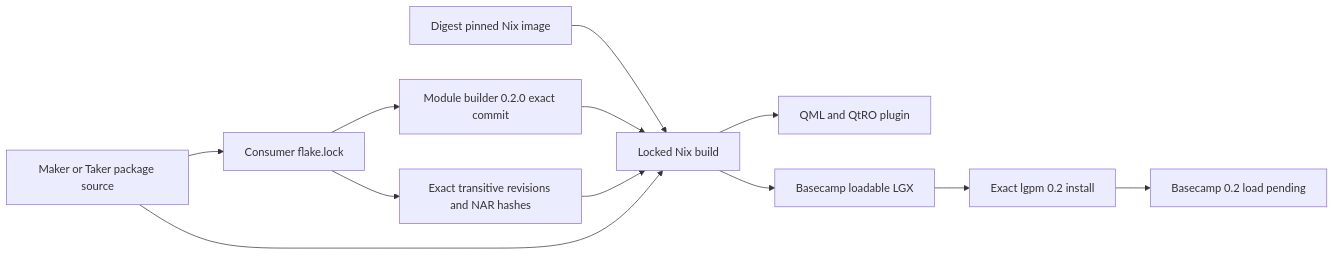
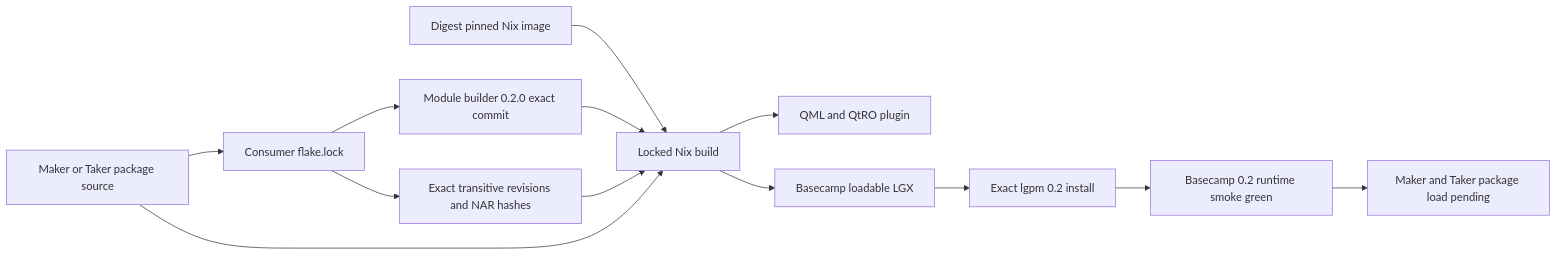
Before and after one commit to gateway-fm/lez-atomic-swaps: the first of 2 diagrams in docs/architecture/0146-pin-basecamp-builds-behind-consumer-locks.md, drawn with Mermaid. The commit also changed other lines of this file and 4 other files, not shown here.

Commit message:
docs(m6): certify pinned Basecamp runtime

````diff
--- a/docs/architecture/0146-pin-basecamp-builds-behind-consumer-locks.md
+++ b/docs/architecture/0146-pin-basecamp-builds-behind-consumer-locks.md
@@ -55,14 +60,15 @@
 ```mermaid
 flowchart LR
     Source["Maker or Taker package source"] --> Lock["Consumer flake.lock"]
     Lock --> Builder["Module builder 0.2.0 exact commit"]
     Lock --> Dependencies["Exact transitive revisions and NAR hashes"]
     Image["Digest pinned Nix image"] --> Build["Locked Nix build"]
     Builder --> Build
     Dependencies --> Build
     Source --> Build
     Build --> Plugin["QML and QtRO plugin"]
     Build --> LGX["Basecamp loadable LGX"]
     LGX --> Install["Exact lgpm 0.2 install"]
-    Install --> Loader["Basecamp 0.2 load pending"]
+    Install --> Loader["Basecamp 0.2 runtime smoke green"]
+    Loader --> Product["Maker and Taker package load pending"]
 ```
````
